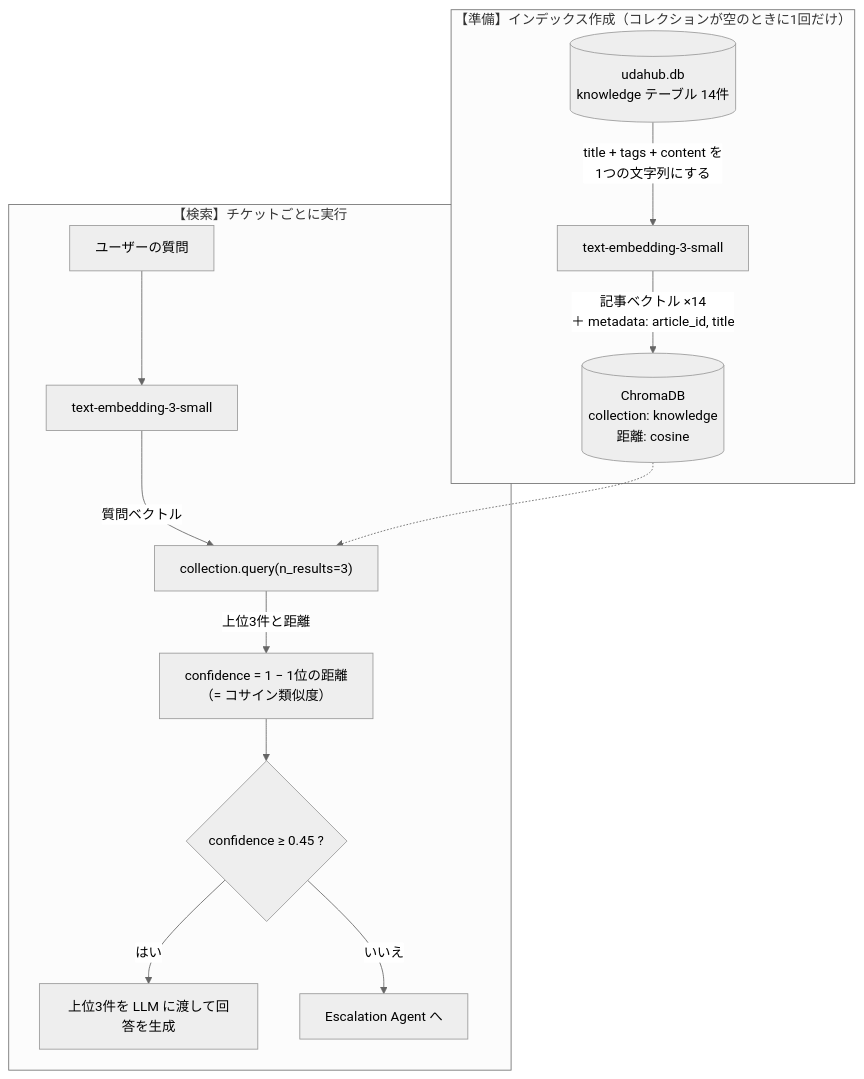
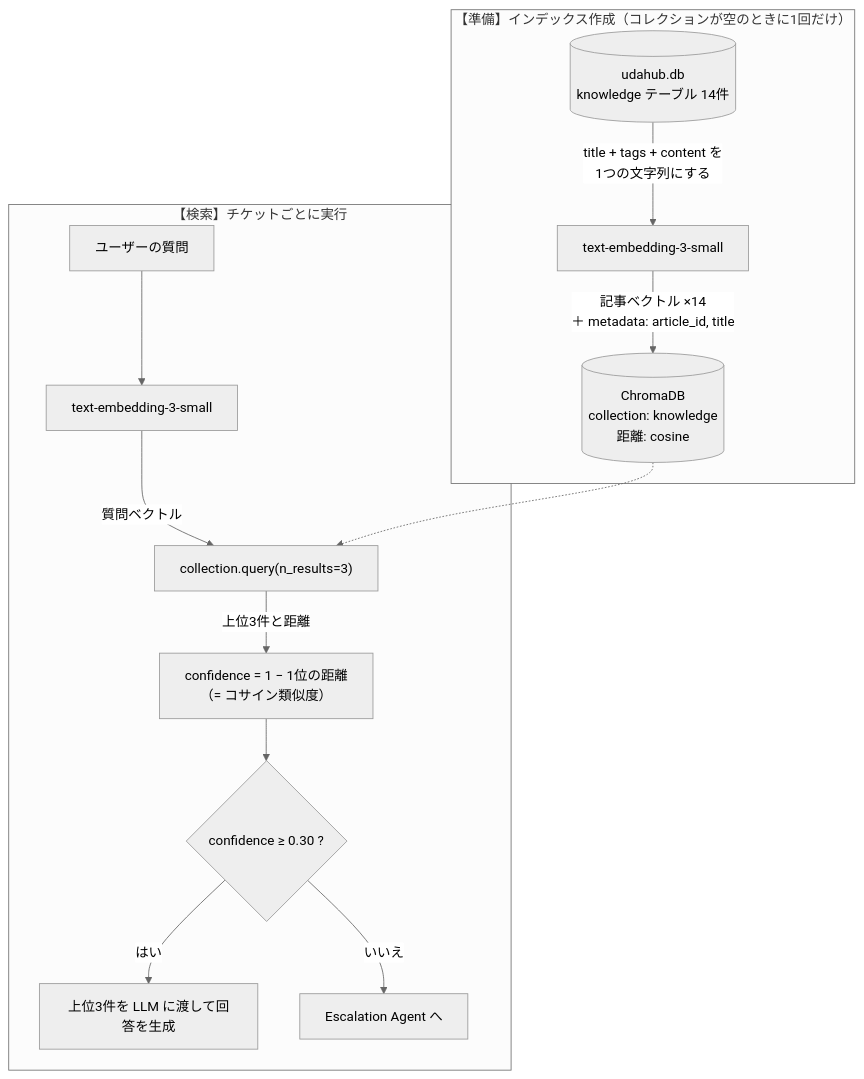
The second of 3 diagrams in solution/agentic/design/architecture.md (kayfuku/project3-uda-hub-agent), drawn with Mermaid (neutral theme) before and after one commit. The commit also changed other lines of this file and 4 other files, not shown here.

````diff
--- a/solution/agentic/design/architecture.md
+++ b/solution/agentic/design/architecture.md
@@ -141,17 +141,17 @@
 ```mermaid
 flowchart TD
     subgraph INDEX["【準備】インデックス作成（コレクションが空のときに1回だけ）"]
         KB[(udahub.db<br/>knowledge テーブル 14件)] -->|"title + tags + content を<br/>1つの文字列にする"| EMB1[text-embedding-3-small]
         EMB1 -->|"記事ベクトル ×14<br/>＋ metadata: article_id, title"| CHROMA[(ChromaDB<br/>collection: knowledge<br/>距離: cosine)]
     end
 
     subgraph SEARCH["【検索】チケットごとに実行"]
         Q[ユーザーの質問] --> EMB2[text-embedding-3-small]
         EMB2 -->|質問ベクトル| QUERY["collection.query(n_results=3)"]
         CHROMA -.-> QUERY
         QUERY -->|"上位3件と距離"| SCORE["confidence = 1 − 1位の距離<br/>（= コサイン類似度）"]
-        SCORE --> TH{confidence ≥ 0.45 ?}
+        SCORE --> TH{confidence ≥ 0.30 ?}
         TH -->|はい| ANS[上位3件を LLM に渡して回答を生成]
         TH -->|いいえ| ESC[Escalation Agent へ]
     end
 ```
````
